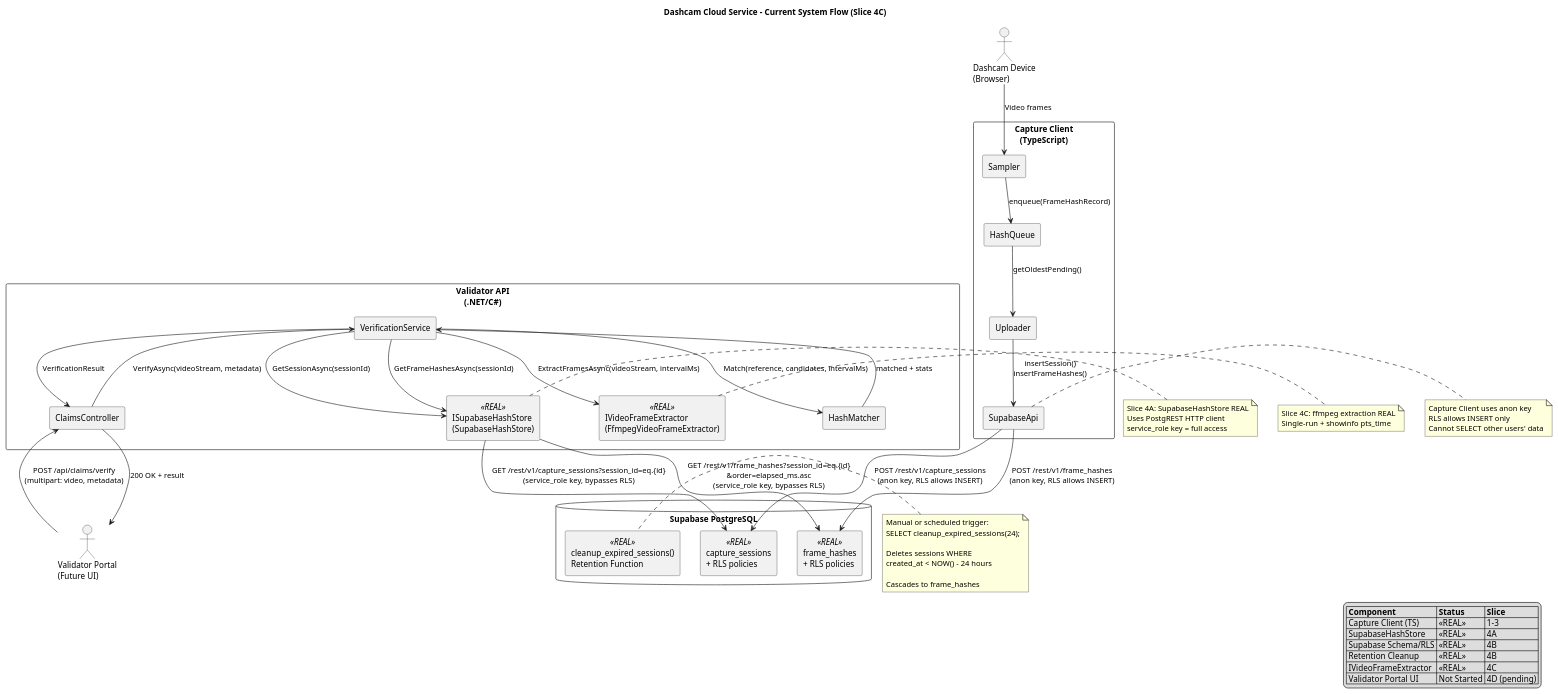
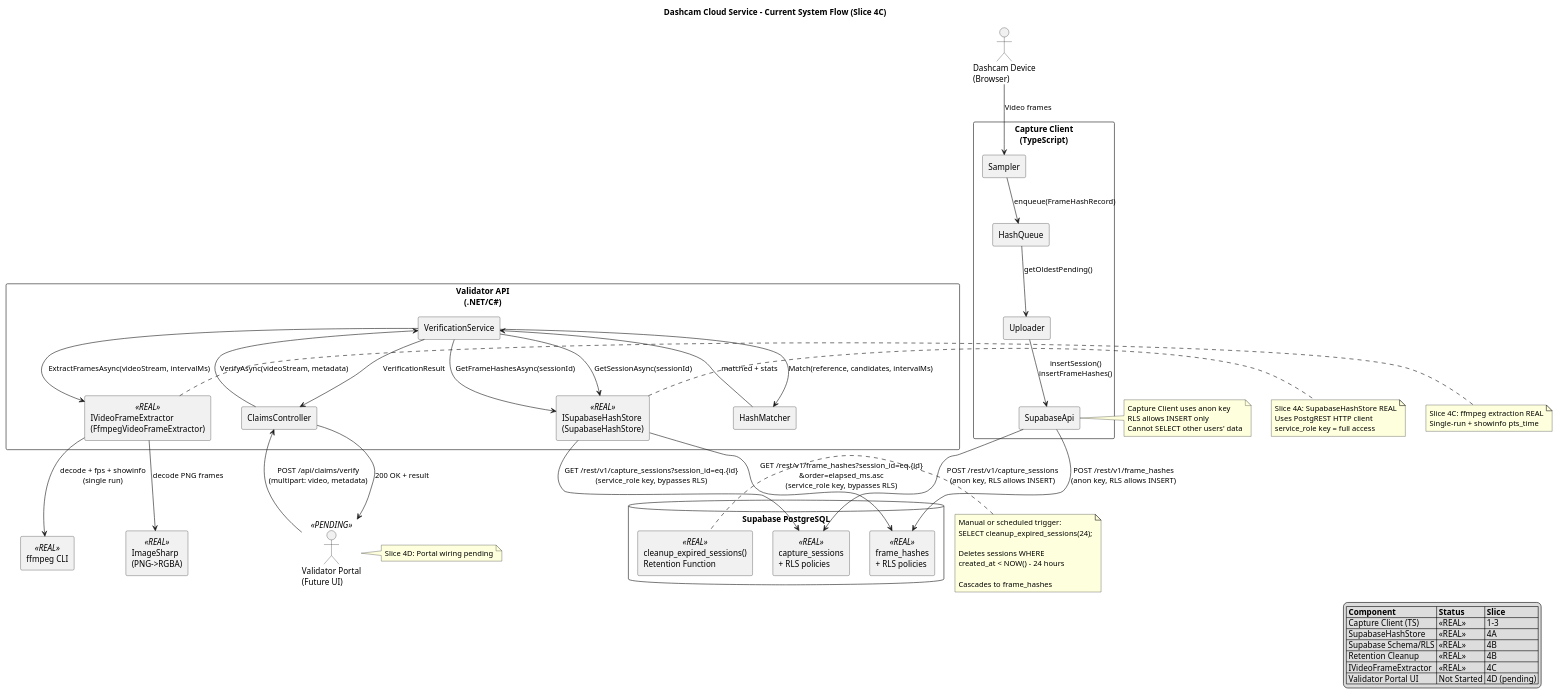
One commit to JayGarland/dashcam-cloudservice-web changed the diagram in docs/flow/current-system-flow.puml. Above: the diagram before and after it, drawn with PlantUML. The commit also changed 1 other file, not shown here.

Commit message:
Update project state and flow diagram for Slice 4C
Marked Slice 4C as complete with details on ffmpeg extraction, updated next planned slice to 4D, and added new files and interfaces to the repo tree. The PlantUML system flow diagram now reflects real ffmpeg and ImageSharp integration, and notes portal wiring as pending for Slice 4D.

```diff
--- a/docs/flow/current-system-flow.puml
+++ b/docs/flow/current-system-flow.puml
@@ -1,107 +1,116 @@
 @startuml
 skinparam shadowing false
 skinparam componentStyle rectangle
 
 title Dashcam Cloud Service - Current System Flow (Slice 4C)
 
 ' ============================================================================
 ' Actors and Components
 ' ============================================================================
 
 actor "Dashcam Device\n(Browser)" as Client
-actor "Validator Portal\n(Future UI)" as Portal
+actor "Validator Portal\n(Future UI)" <<PENDING>> as Portal
 
 component "Capture Client\n(TypeScript)" as CaptureApp {
   component "Sampler" as Sampler
   component "HashQueue" as Queue
   component "Uploader" as Uploader
   component "SupabaseApi" as ClientApi
 }
 
 component "Validator API\n(.NET/C#)" as ValidatorApp {
   component "ClaimsController" as Controller
   component "VerificationService" as Verify
   component "ISupabaseHashStore\n(SupabaseHashStore)" <<REAL>> as Store
   component "IVideoFrameExtractor\n(FfmpegVideoFrameExtractor)" <<REAL>> as Extractor
   component "HashMatcher" as Matcher
 }
+
+component "ffmpeg CLI" <<REAL>> as Ffmpeg
+component "ImageSharp\n(PNG->RGBA)" <<REAL>> as ImageSharp
 
 database "Supabase PostgreSQL" as DB {
   component "capture_sessions\n+ RLS policies" <<REAL>> as SessionsTable
   component "frame_hashes\n+ RLS policies" <<REAL>> as HashesTable
   component "cleanup_expired_sessions()\nRetention Function" <<REAL>> as Cleanup
 }
 
 ' ============================================================================
 ' Capture Flow (Write Path)
 ' ============================================================================
 
 Client --> Sampler : Video frames
 Sampler --> Queue : enqueue(FrameHashRecord)
 Queue --> Uploader : getOldestPending()
 Uploader --> ClientApi : insertSession()\ninsertFrameHashes()
 ClientApi --> SessionsTable : POST /rest/v1/capture_sessions\n(anon key, RLS allows INSERT)
 ClientApi --> HashesTable : POST /rest/v1/frame_hashes\n(anon key, RLS allows INSERT)
 
 note right of ClientApi
 Capture Client uses anon key
 RLS allows INSERT only
 Cannot SELECT other users' data
 end note
 
 ' ============================================================================
 ' Verification Flow (Read Path)
 ' ============================================================================
 
 Portal --> Controller : POST /api/claims/verify\n(multipart: video, metadata)
 Controller --> Verify : VerifyAsync(videoStream, metadata)
 Verify --> Store : GetSessionAsync(sessionId)
 Store --> SessionsTable : GET /rest/v1/capture_sessions?session_id=eq.{id}\n(service_role key, bypasses RLS)
 Verify --> Store : GetFrameHashesAsync(sessionId)
 Store --> HashesTable : GET /rest/v1/frame_hashes?session_id=eq.{id}\n&order=elapsed_ms.asc\n(service_role key, bypasses RLS)
 Verify --> Extractor : ExtractFramesAsync(videoStream, intervalMs)
+Extractor --> Ffmpeg : decode + fps + showinfo\n(single run)
+Extractor --> ImageSharp : decode PNG frames
 Verify --> Matcher : Match(reference, candidates, intervalMs)
 Matcher --> Verify : matched + stats
 Verify --> Controller : VerificationResult
 Controller --> Portal : 200 OK + result
 
 note right of Store
 Slice 4A: SupabaseHashStore REAL
 Uses PostgREST HTTP client
 service_role key = full access
 end note
 
 note right of Extractor
 Slice 4C: ffmpeg extraction REAL
 Single-run + showinfo pts_time
+end note
+
+note right of Portal
+Slice 4D: Portal wiring pending
 end note
 
 ' ============================================================================
 ' Retention Flow (Cleanup)
 ' ============================================================================
 
 note left of Cleanup
 Manual or scheduled trigger:
 SELECT cleanup_expired_sessions(24);
 
 Deletes sessions WHERE
 created_at < NOW() - 24 hours
 
 Cascades to frame_hashes
 end note
 
 ' ============================================================================
 ' Legend
 ' ============================================================================
 
 legend right
   |= Component |= Status |= Slice |
   | Capture Client (TS) | <<REAL>> | 1-3 |
   | SupabaseHashStore | <<REAL>> | 4A |
   | Supabase Schema/RLS | <<REAL>> | 4B |
   | Retention Cleanup | <<REAL>> | 4B |
   | IVideoFrameExtractor | <<REAL>> | 4C |
   | Validator Portal UI | Not Started | 4D (pending) |
 endlegend
 
 @enduml
```
